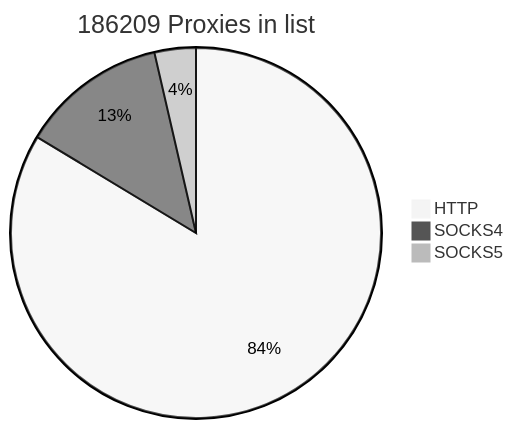
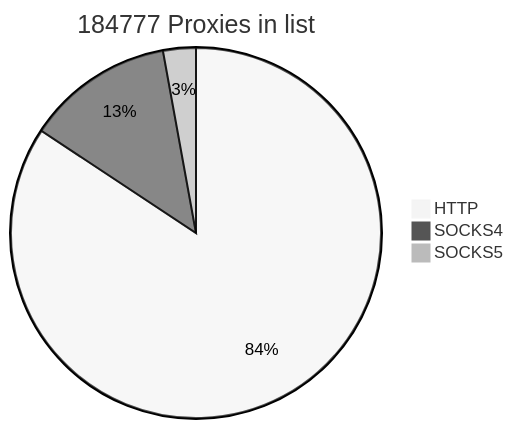
The first of 2 diagrams in README.md (cutipu/proxylist), drawn with Mermaid (neutral theme) before and after one commit. The commit also changed other lines of this file, not shown here.

````diff
--- a/README.md
+++ b/README.md
@@ -2,7 +2,7 @@
 ```mermaid
-pie title 186209 Proxies in list
+pie title 184777 Proxies in list
     "HTTP" : 155762
     "SOCKS4" : 23731
-    "SOCKS5" : 6716
+    "SOCKS5" : 5284
             
 ```
````
